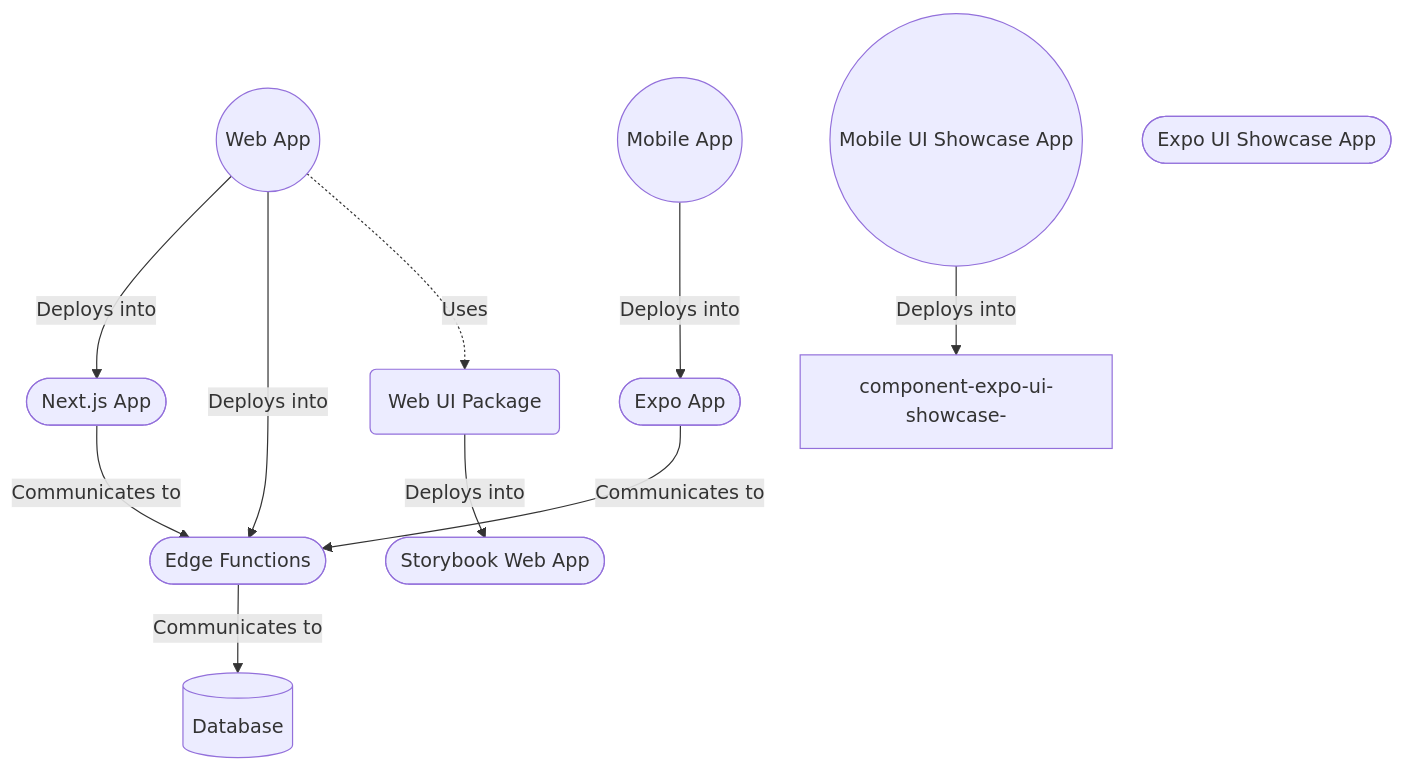
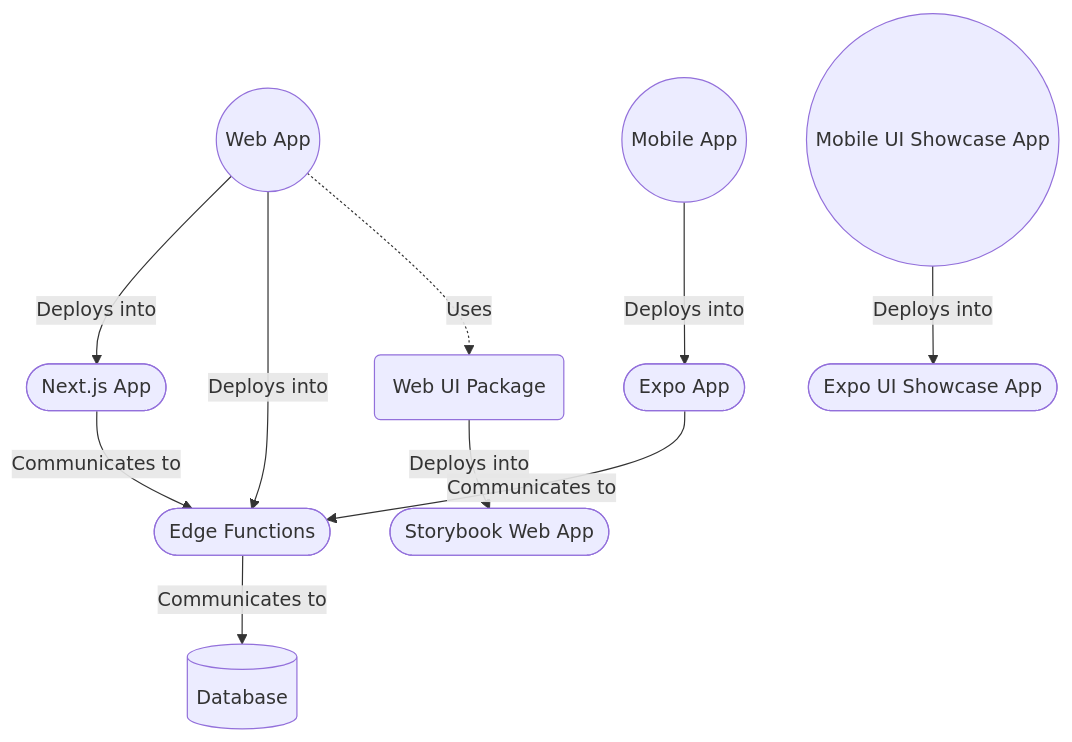
Before and after one commit to Rock-n-Prog/web-ts-monorepo-starter-pack: the first of 2 diagrams in docs/architecture/general.md, drawn with Mermaid.

````diff
--- a/docs/architecture/general.md
+++ b/docs/architecture/general.md
@@ -10,23 +10,23 @@
 ```mermaid
 graph TD;
   apps-web((Web App))
   apps-mobile((Mobile App))
   apps-mobile-ui-showcase((Mobile UI Showcase App))
   packages-web-ui(Web UI Package)
   component-nextjs-app([Next.js App])
   component-edge-functions([Edge Functions])
   component-expo-app([Expo App])
   component-storybook-web-app([Storybook Web App])
   component-expo-ui-showcase-app([Expo UI Showcase App])
   component-db[(Database)]
 
   apps-web --> |Deploys into| component-nextjs-app
   apps-web --> |Deploys into| component-edge-functions
   apps-web -.-> |Uses| packages-web-ui
   apps-mobile --> |Deploys into| component-expo-app
   component-nextjs-app --> |Communicates to| component-edge-functions
   component-expo-app --> |Communicates to| component-edge-functions
   component-edge-functions --> |Communicates to| component-db
   packages-web-ui --> |Deploys into| component-storybook-web-app
-  apps-mobile-ui-showcase --> |Deploys into| component-expo-ui-showcase-
+  apps-mobile-ui-showcase --> |Deploys into| component-expo-ui-showcase-app
 ```
````
